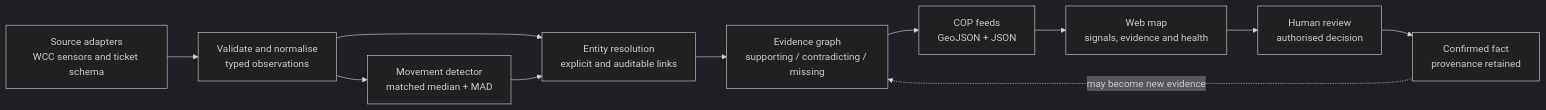
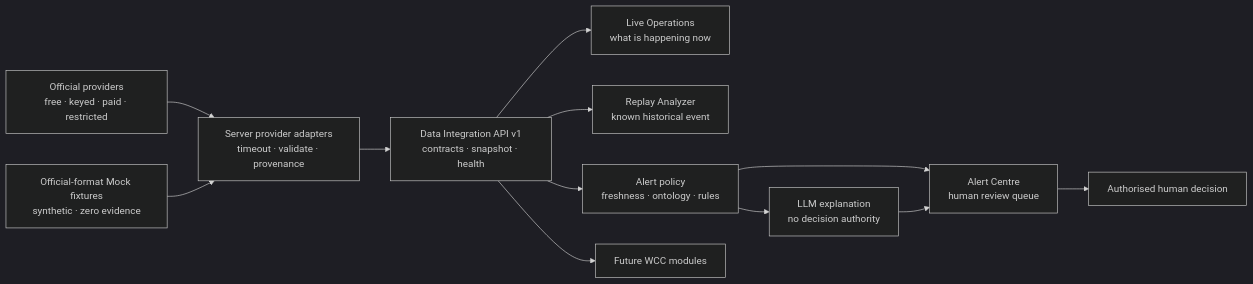
One commit to Asun28/poneke-movement-watch changed the diagram in README.md. Above: the diagram before and after it, drawn with Mermaid (dark theme). The commit also changed other lines of this file and 39 other files, not shown here.

Commit message:
Build modular live emergency operations console

````diff
--- a/README.md
+++ b/README.md
@@ -60,13 +65,14 @@
 ```mermaid
 flowchart LR
-    A["Source adapters<br/>WCC sensors and ticket schema"] --> B["Validate and normalise<br/>typed observations"]
-    B --> C["Movement detector<br/>matched median + MAD"]
-    B --> D["Entity resolution<br/>explicit and auditable links"]
-    C --> D
-    D --> E["Evidence graph<br/>supporting / contradicting / missing"]
-    E --> F["COP feeds<br/>GeoJSON + JSON"]
-    F --> G["Web map<br/>signals, evidence and health"]
-    G --> H["Human review<br/>authorised decision"]
-    H --> I["Confirmed fact<br/>provenance retained"]
-    I -. "may become new evidence" .-> E
+    A["Official providers<br/>free · keyed · paid · restricted"] --> B["Server provider adapters<br/>timeout · validate · provenance"]
+    M["Official-format Mock fixtures<br/>synthetic · zero evidence"] --> B
+    B --> C["Data Integration API v1<br/>contracts · snapshot · health"]
+    C --> D["Live Operations<br/>what is happening now"]
+    C --> E["Replay Analyzer<br/>known historical event"]
+    C --> F["Alert policy<br/>freshness · ontology · rules"]
+    C --> G["Future WCC modules"]
+    F --> H["LLM explanation<br/>no decision authority"]
+    F --> I["Alert Centre<br/>human review queue"]
+    H --> I
+    I --> J["Authorised human decision"]
 ```
````
